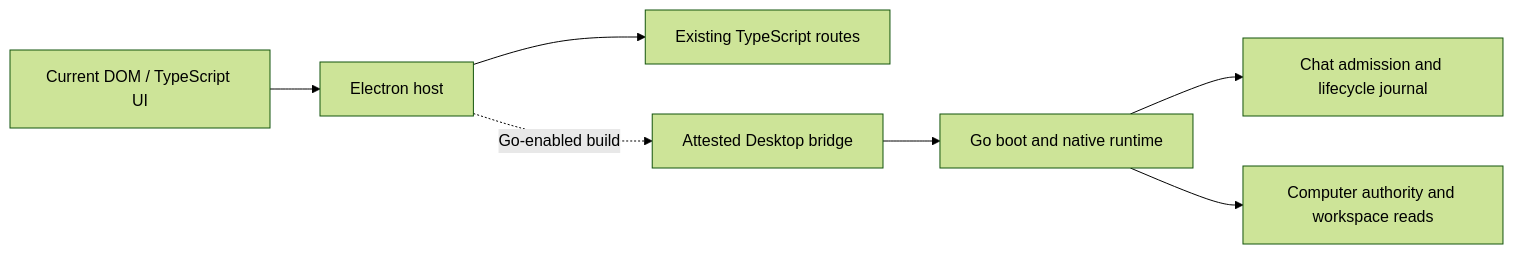
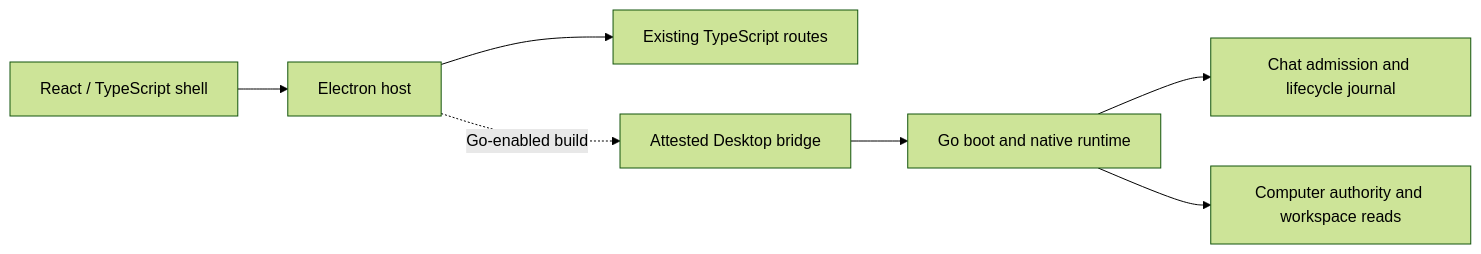
One commit to legrch/farol changed the diagram in README.md. Above: the diagram before and after it, drawn with Mermaid (forest theme). The commit also changed other lines of this file and 172 other files, not shown here.

Commit message:
feat(desktop): compose React shell with Go service boundaries

````diff
--- a/README.md
+++ b/README.md
@@ -150,9 +151,9 @@
 ```mermaid
 flowchart LR
-    UI[Current DOM / TypeScript UI] --> Host[Electron host]
+    UI[React / TypeScript shell] --> Host[Electron host]
     Host --> TS[Existing TypeScript routes]
     Host -. Go-enabled build .-> Bridge[Attested Desktop bridge]
     Bridge --> Core[Go boot and native runtime]
     Core --> Admission[Chat admission and lifecycle journal]
     Core --> Computer[Computer authority and workspace reads]
 ```
````
